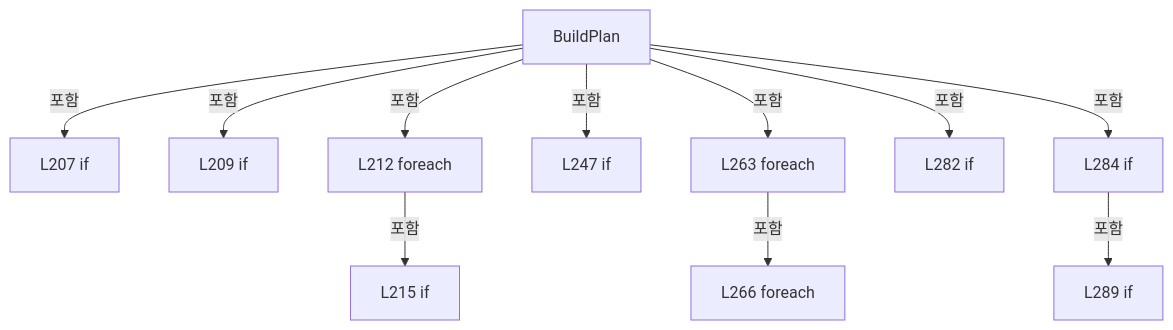
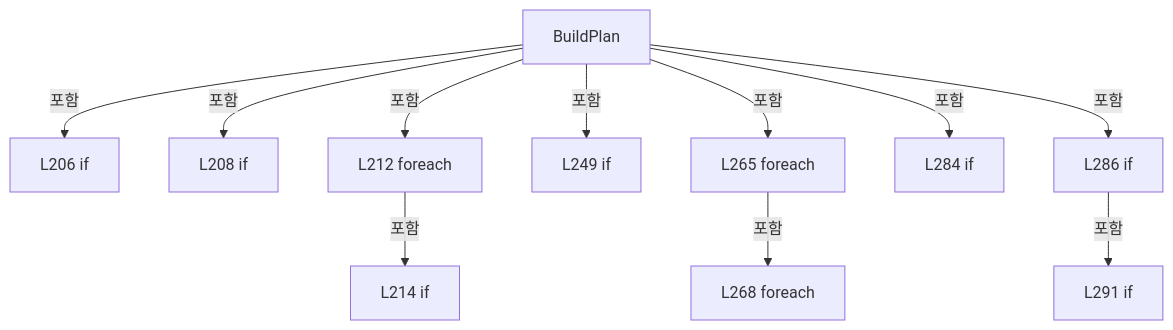
One commit to kjuws10-rgb/Shared changed the fifth of 11 diagrams in A3 LD Code Ref/files/Drilling.Common/Review/CAutoFineReviewCoordinator.cs.md. Above: the diagram before and after it, drawn with Mermaid. The commit also changed other lines of this file and 2071 other files, not shown here.

Commit message:
docs(a3): update 11.19.0 architecture and code reference

````diff
--- a/A3 LD Code Ref/files/Drilling.Common/Review/CAutoFineReviewCoordinator.cs.md
+++ b/A3 LD Code Ref/files/Drilling.Common/Review/CAutoFineReviewCoordinator.cs.md
@@ -1163,24 +1165,24 @@
 ```mermaid
 flowchart TD
  M["BuildPlan"]
- N0["L207 if"]
+ N0["L206 if"]
  M -->|포함| N0
- N1["L209 if"]
+ N1["L208 if"]
  M -->|포함| N1
  N2["L212 foreach"]
  M -->|포함| N2
- N3["L215 if"]
+ N3["L214 if"]
  N2 -->|포함| N3
- N4["L247 if"]
+ N4["L249 if"]
  M -->|포함| N4
- N5["L263 foreach"]
+ N5["L265 foreach"]
  M -->|포함| N5
- N6["L266 foreach"]
+ N6["L268 foreach"]
  N5 -->|포함| N6
- N7["L282 if"]
+ N7["L284 if"]
  M -->|포함| N7
- N8["L284 if"]
+ N8["L286 if"]
  M -->|포함| N8
- N9["L289 if"]
+ N9["L291 if"]
  N8 -->|포함| N9
 ```
````
